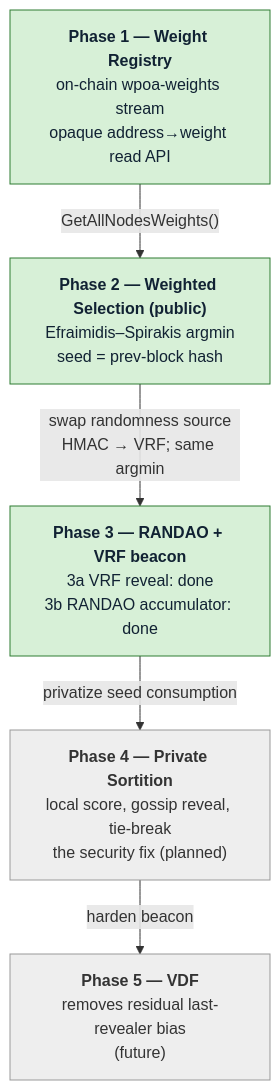
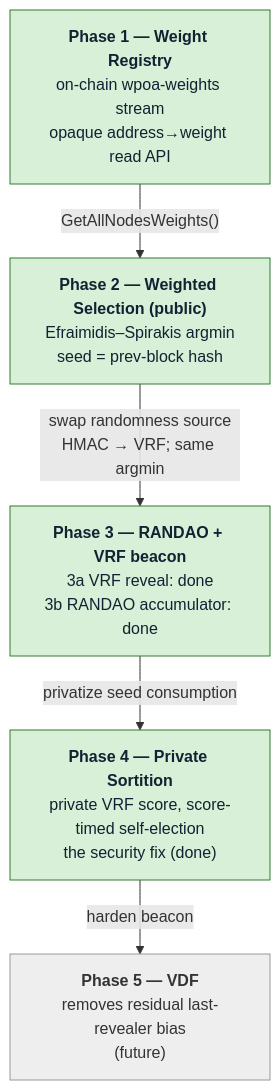
The diagram in src/wpoa/docs/implementation-guide.md (FeMattu/multichain), drawn with Mermaid before and after one commit. The commit also changed other lines of this file and 17 other files, not shown here.

Commit message:
Implemented private sortition without gossip window

````diff
--- a/src/wpoa/docs/implementation-guide.md
+++ b/src/wpoa/docs/implementation-guide.md
@@ -23,19 +23,19 @@
 ```mermaid
 flowchart TD
     P1["<b>Phase 1 — Weight Registry</b><br/>on-chain wpoa-weights stream<br/>opaque address→weight read API"]
     P2["<b>Phase 2 — Weighted Selection (public)</b><br/>Efraimidis–Spirakis argmin<br/>seed = prev-block hash"]
     P3["<b>Phase 3 — RANDAO + VRF beacon</b><br/>3a VRF reveal: done<br/>3b RANDAO accumulator: done"]
-    P4["<b>Phase 4 — Private Sortition</b><br/>local score, gossip reveal, tie-break<br/>the security fix (planned)"]
+    P4["<b>Phase 4 — Private Sortition</b><br/>private VRF score, score-timed self-election<br/>the security fix (done)"]
     P5["<b>Phase 5 — VDF</b><br/>removes residual last-revealer bias<br/>(future)"]
 
     P1 -->|"GetAllNodesWeights()"| P2
     P2 -->|"swap randomness source<br/>HMAC → VRF; same argmin"| P3
     P3 -->|"privatize seed consumption"| P4
     P4 -->|"harden beacon"| P5
 
     classDef done fill:#d7f0d7,stroke:#2e7d32,color:#123;
     classDef partial fill:#fff3cd,stroke:#b8860b,color:#123;
     classDef plan fill:#eee,stroke:#999,color:#333;
-    class P1,P2,P3 done;
-    class P4,P5 plan;
+    class P1,P2,P3,P4 done;
+    class P5 plan;
 ```
````
